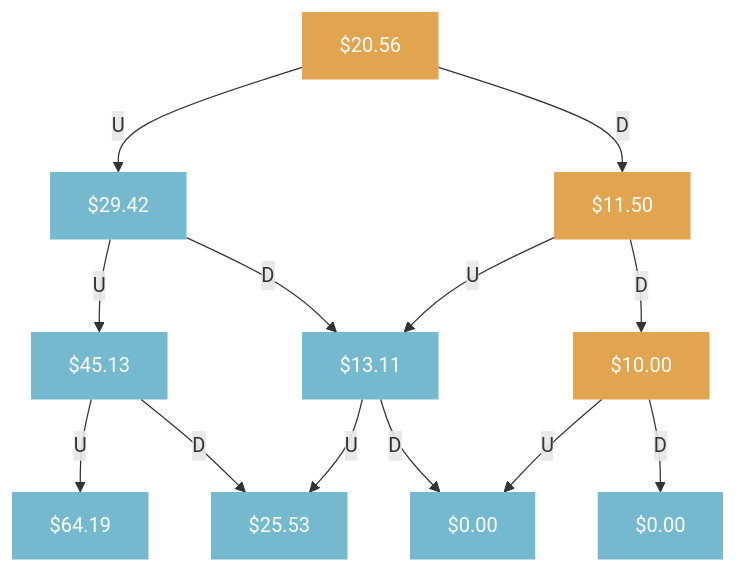
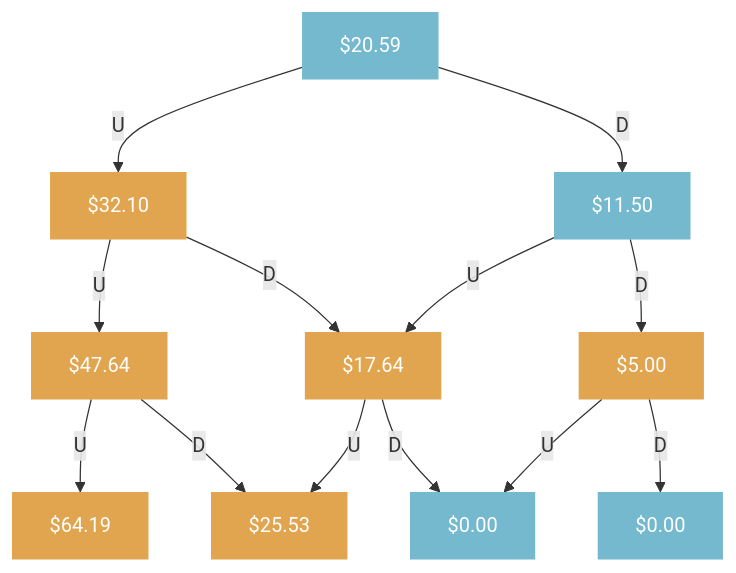
One commit to JerBouma/jerbouma.github.io changed the fourth of 5 diagrams in _posts/2024-02-09-Binominal-Trees.md. Above: the diagram before and after it, drawn with Mermaid. The commit also changed other lines of this file and 10 other files, not shown here.

Commit message:
Do some formatting, grammar changes and sentence flow checks

```diff
--- a/_posts/2024-02-09-Binominal-Trees.md
+++ b/_posts/2024-02-09-Binominal-Trees.md
@@ -231,23 +226,23 @@
 <div class="mermaid">
 flowchart TD;
 classDef boxfont fill:#3b9cba,stroke-width:0px,fill-opacity:0.7,color:white,radius:20px;
 classDef highlightfont fill:#d67f05,stroke-width:0px,fill-opacity:0.7,color:white,radius:20px;
 
-Step0["$20.56"]:::highlightfont -- U --> Step1["$29.42"]:::boxfont
-Step0["$20.56"] -- D --> Step2["$11.50"]:::highlightfont
+Step0["$20.59"]:::boxfont -- U --> Step1["$32.10"]:::highlightfont
+Step0["$20.59"] -- D --> Step2["$11.50"]:::boxfont
 
-Step1["$29.42"] -- U --> Step3["$45.13"]:::boxfont
-Step1["$29.42"] -- D --> Step4["$13.11"]:::boxfont
+Step1["$32.10"] -- U --> Step3["$47.64"]:::highlightfont
+Step1["$32.10"] -- D --> Step4["$17.64"]:::highlightfont
 
-Step2["$11.50"] -- U --> Step4["$13.11"]:::boxfont
-Step2["$11.50"] -- D --> Step5["$10.00"]:::highlightfont
+Step2["$11.50"] -- U --> Step4["$17.64"]:::highlightfont
+Step2["$11.50"] -- D --> Step5["$5.00"]:::highlightfont
 
-Step3["$45.13"] -- U --> Step6["$64.19"]:::boxfont
-Step3["$45.13"] -- D --> Step7["$25.53"]:::boxfont
+Step3["$47.64"] -- U --> Step6["$64.19"]:::highlightfont
+Step3["$47.64"] -- D --> Step7["$25.53"]:::highlightfont
 
-Step4["$13.11"] -- U --> Step7["$25.53"]:::boxfont
-Step4["$13.11"] -- D --> Step8["$0.00"]:::boxfont
+Step4["$17.64"] -- U --> Step7["$25.53"]:::highlightfont
+Step4["$17.64"] -- D --> Step8["$0.00"]:::boxfont
 
-Step5["$10.00"] -- U --> Step8["$0.00"]:::boxfont
-Step5["$10.00"] -- D --> Step9["$0.00"]:::boxfont
+Step5["$5.00"] -- U --> Step8["$0.00"]:::boxfont
+Step5["$5.00"] -- D --> Step9["$0.00"]:::boxfont
 </div>
```
